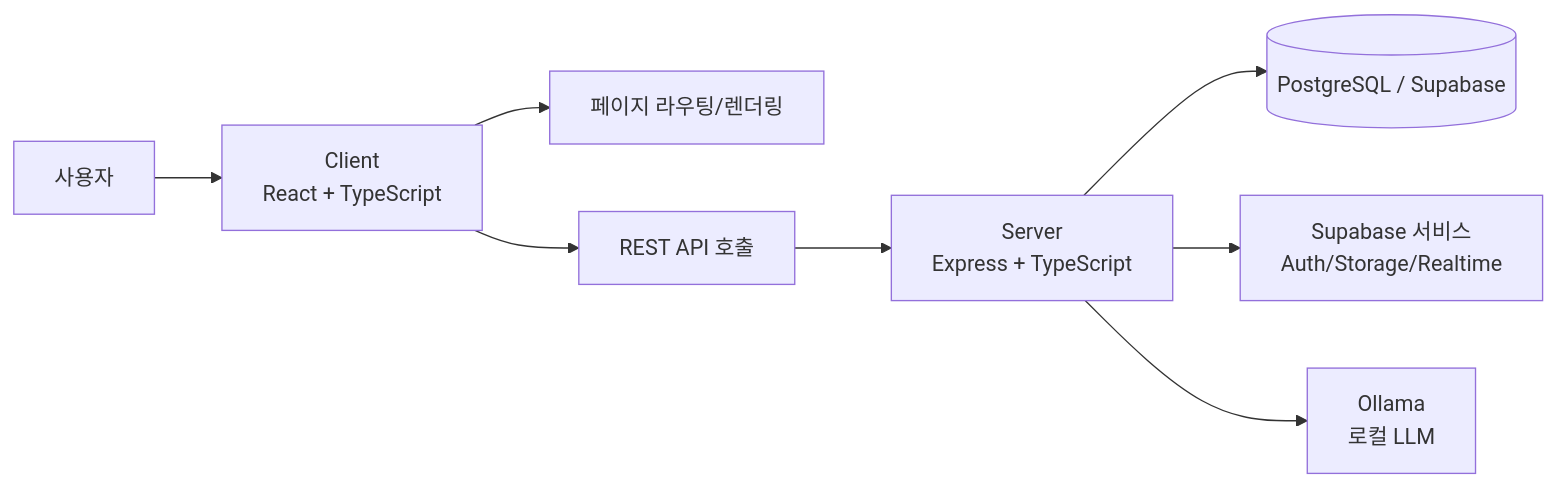
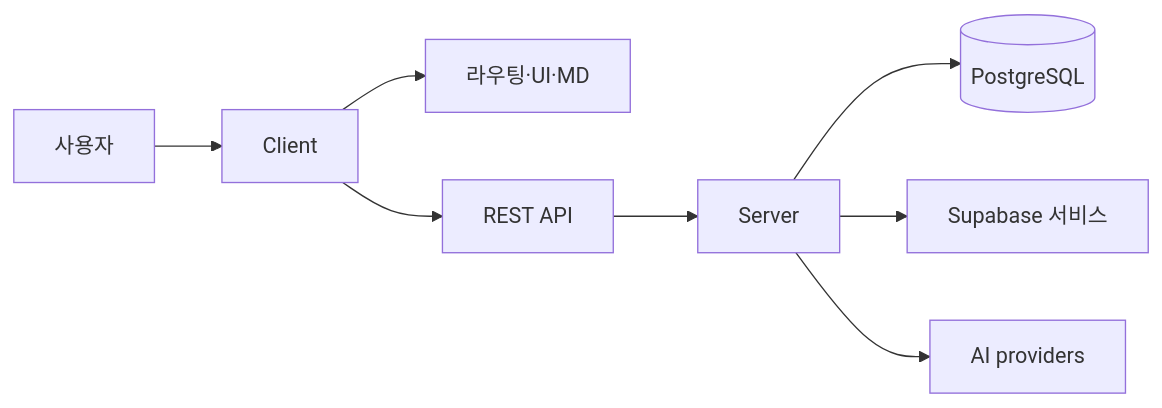
One commit to hongci9999/myLittleWebsite changed the first of 2 diagrams in client/public/about.md. Above: the diagram before and after it, drawn with Mermaid. The commit also changed other lines of this file and 10 other files, not shown here.

````diff
--- a/client/public/about.md
+++ b/client/public/about.md
@@ -58,10 +122,10 @@
 ```mermaid
 flowchart LR
-  U[사용자] --> C[Client<br/>React + TypeScript]
-  C --> P[페이지 라우팅/렌더링]
-  C --> API[REST API 호출]
-  API --> S[Server<br/>Express + TypeScript]
-  S --> DB[(PostgreSQL / Supabase)]
-  S --> SB[Supabase 서비스<br/>Auth/Storage/Realtime]
-  S --> O[Ollama<br/>로컬 LLM]
+  U[사용자] --> C[Client]
+  C --> P[라우팅·UI·MD]
+  C --> API[REST API]
+  API --> S[Server]
+  S --> DB[(PostgreSQL)]
+  S --> SB[Supabase 서비스]
+  S --> AI[AI providers]
 ```
````
